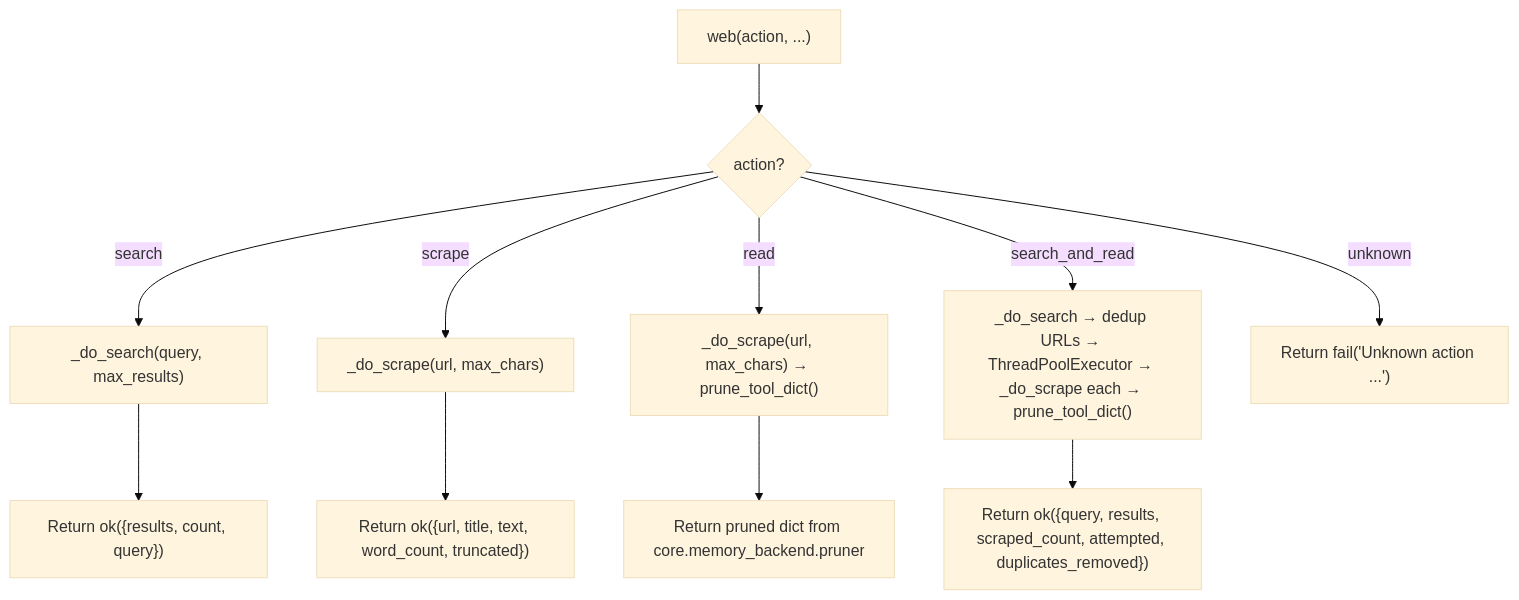
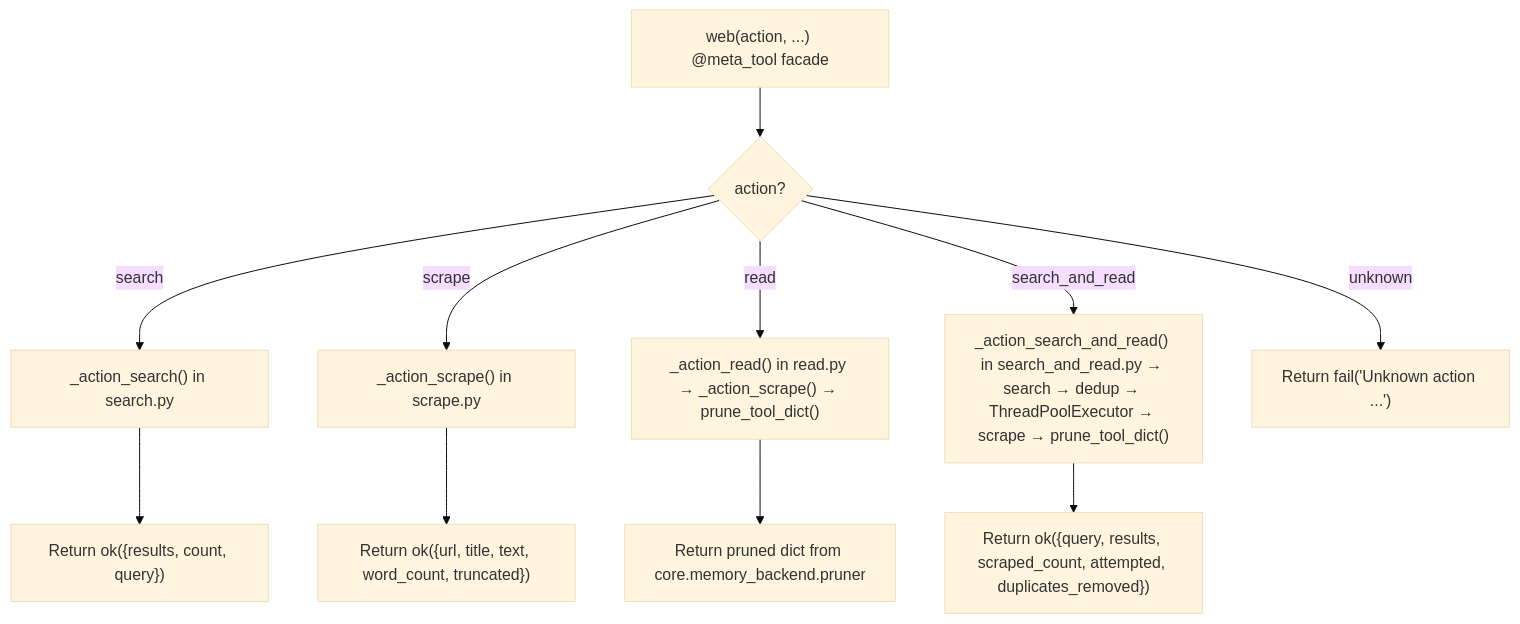
The diagram in docs/tools/WEB.md (brunogcar/agent), drawn with Mermaid (base theme) before and after one commit. The commit also changed other lines of this file and 23 other files, not shown here.

First line of the commit message:
refactor(web): un-multiplex v1 — @meta_tool + atomic actions

````diff
--- a/docs/tools/WEB.md
+++ b/docs/tools/WEB.md
@@ -50,13 +55,13 @@
 ```mermaid
 graph TD
- A["web(action, ...)"] --> B{"action?"}
- B -->|search| C["_do_search(query, max_results)"]
- B -->|scrape| D["_do_scrape(url, max_chars)"]
- B -->|read| E["_do_scrape(url, max_chars) → prune_tool_dict()"]
- B -->|search_and_read| F["_do_search → dedup URLs → ThreadPoolExecutor → _do_scrape each → prune_tool_dict()"]
- B -->|unknown| G["Return fail('Unknown action ...')"]
- C --> H["Return ok({results, count, query})"]
- D --> I["Return ok({url, title, text, word_count, truncated})"]
- E --> J["Return pruned dict from core.memory_backend.pruner"]
- F --> K["Return ok({query, results, scraped_count, attempted, duplicates_removed})"]
+    A["web(action, ...) @meta_tool facade"] --> B{"action?"}
+    B -->|search| C["_action_search() in search.py"]
+    B -->|scrape| D["_action_scrape() in scrape.py"]
+    B -->|read| E["_action_read() in read.py → _action_scrape() → prune_tool_dict()"]
+    B -->|search_and_read| F["_action_search_and_read() in search_and_read.py → search → dedup → ThreadPoolExecutor → scrape → prune_tool_dict()"]
+    B -->|unknown| G["Return fail('Unknown action ...')"]
+    C --> H["Return ok({results, count, query})"]
+    D --> I["Return ok({url, title, text, word_count, truncated})"]
+    E --> J["Return pruned dict from core.memory_backend.pruner"]
+    F --> K["Return ok({query, results, scraped_count, attempted, duplicates_removed})"]
 ```
````
